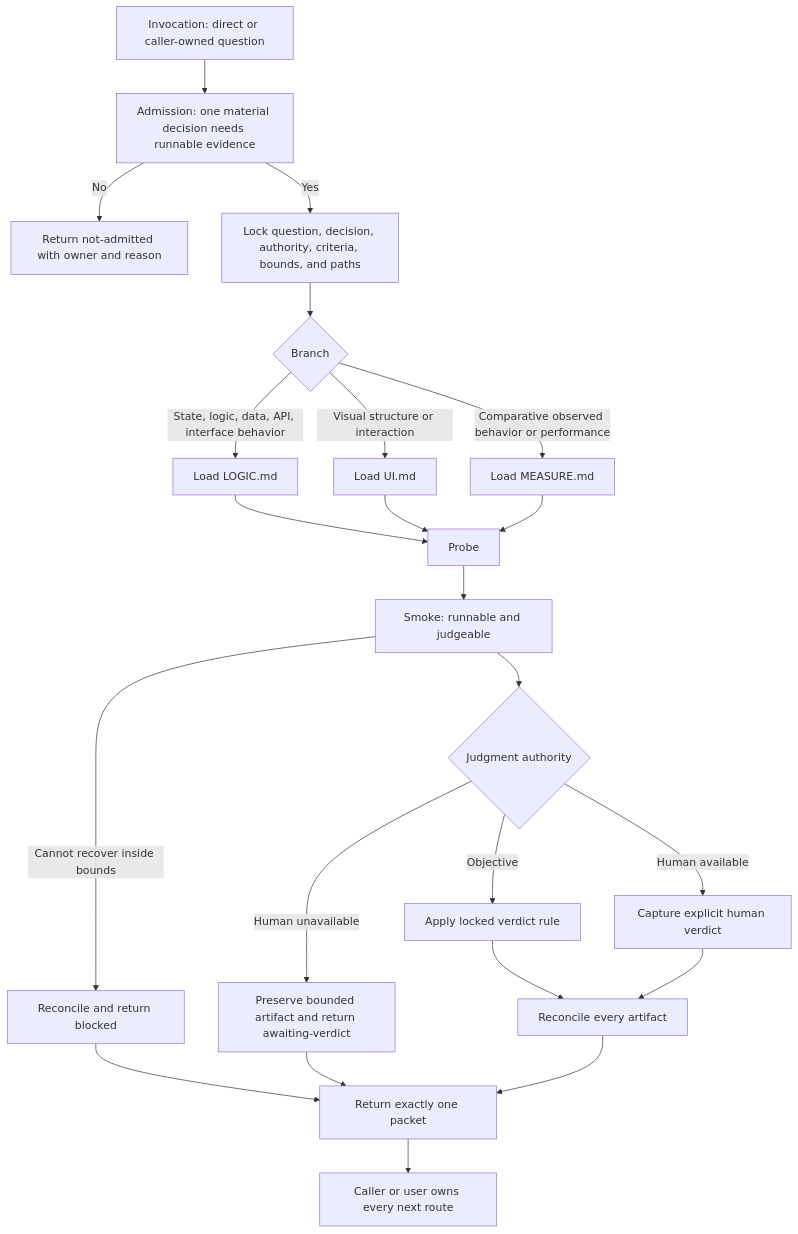
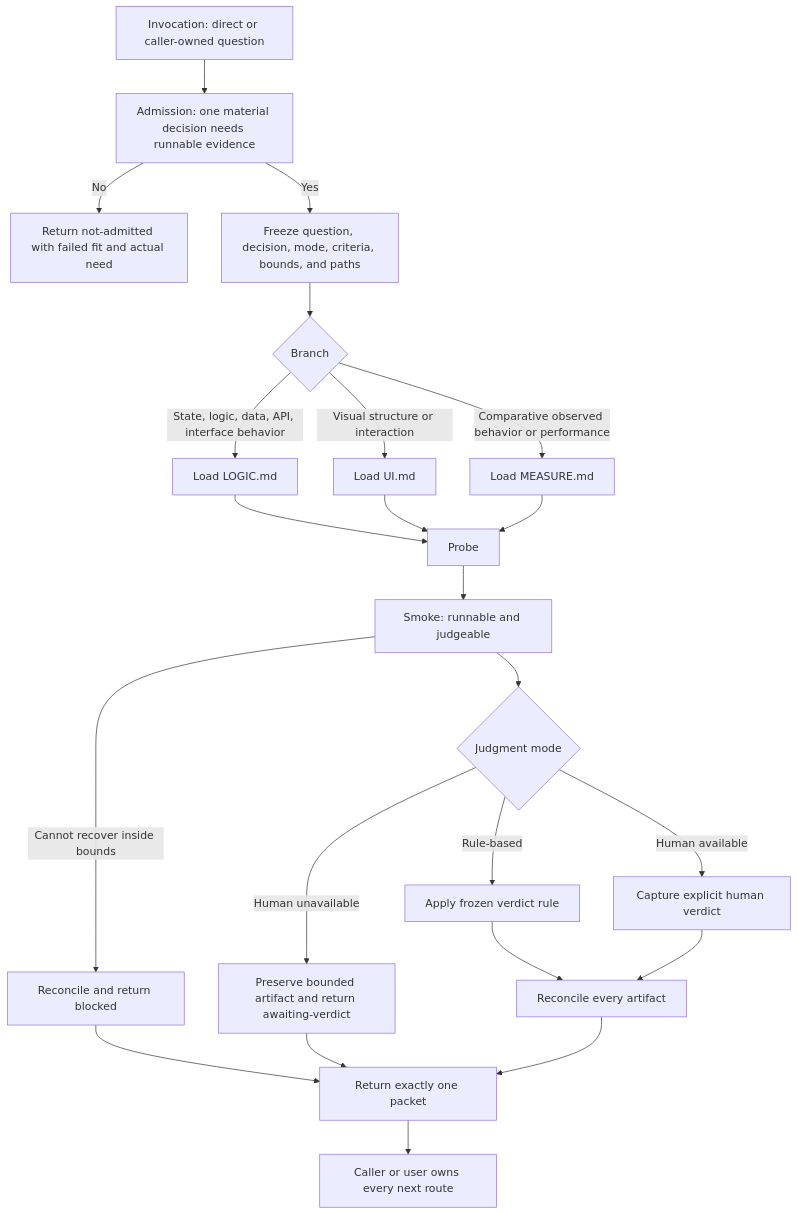
The diagram in docs/synthesis/skills/prototype.md (stevennitesh/programming-agent-skills), drawn with Mermaid before and after one commit. The commit also changed other lines of this file and 9 other files, not shown here.

````diff
--- a/docs/synthesis/skills/prototype.md
+++ b/docs/synthesis/skills/prototype.md
@@ -129,25 +160,25 @@
 ```mermaid
 flowchart TD
     A["Invocation: direct or caller-owned question"] --> B["Admission: one material decision needs runnable evidence"]
-    B -->|"No"| N["Return not-admitted with owner and reason"]
-    B -->|"Yes"| C["Lock question, decision, authority, criteria, bounds, and paths"]
+    B -->|"No"| N["Return not-admitted with failed fit and actual need"]
+    B -->|"Yes"| C["Freeze question, decision, mode, criteria, bounds, and paths"]
     C --> D{"Branch"}
     D -->|"State, logic, data, API, interface behavior"| L["Load LOGIC.md"]
     D -->|"Visual structure or interaction"| U["Load UI.md"]
     D -->|"Comparative observed behavior or performance"| M["Load MEASURE.md"]
     L --> P["Probe"]
     U --> P
     M --> P
     P --> S["Smoke: runnable and judgeable"]
     S -->|"Cannot recover inside bounds"| X["Reconcile and return blocked"]
-    S --> J{"Judgment authority"}
-    J -->|"Objective"| O["Apply locked verdict rule"]
+    S --> J{"Judgment mode"}
+    J -->|"Rule-based"| O["Apply frozen verdict rule"]
     J -->|"Human available"| H["Capture explicit human verdict"]
     J -->|"Human unavailable"| W["Preserve bounded artifact and return awaiting-verdict"]
     O --> R["Reconcile every artifact"]
     H --> R
     X --> Q["Return exactly one packet"]
     W --> Q
     R --> Q
     Q --> E["Caller or user owns every next route"]
 ```
````
